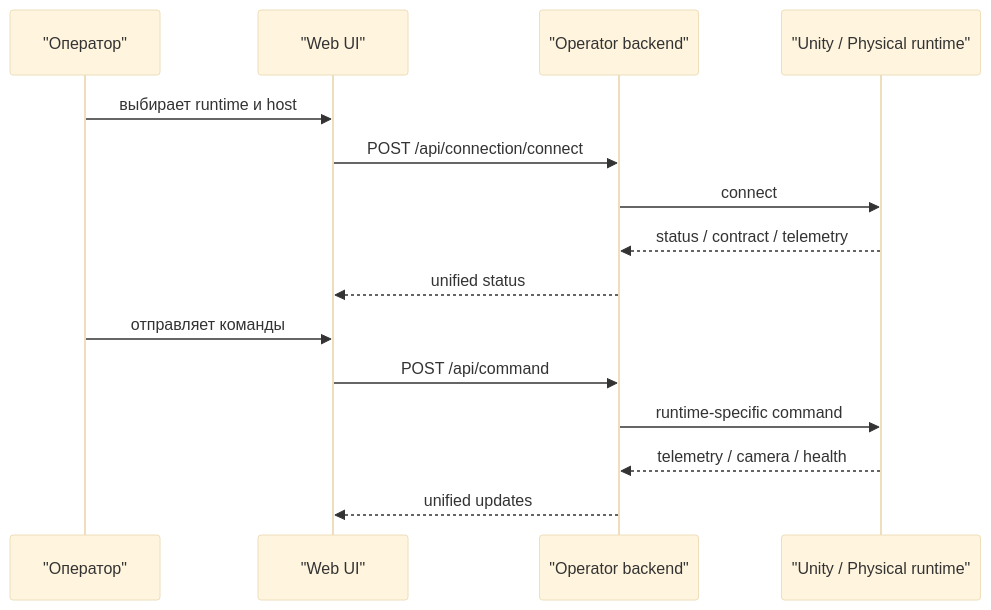
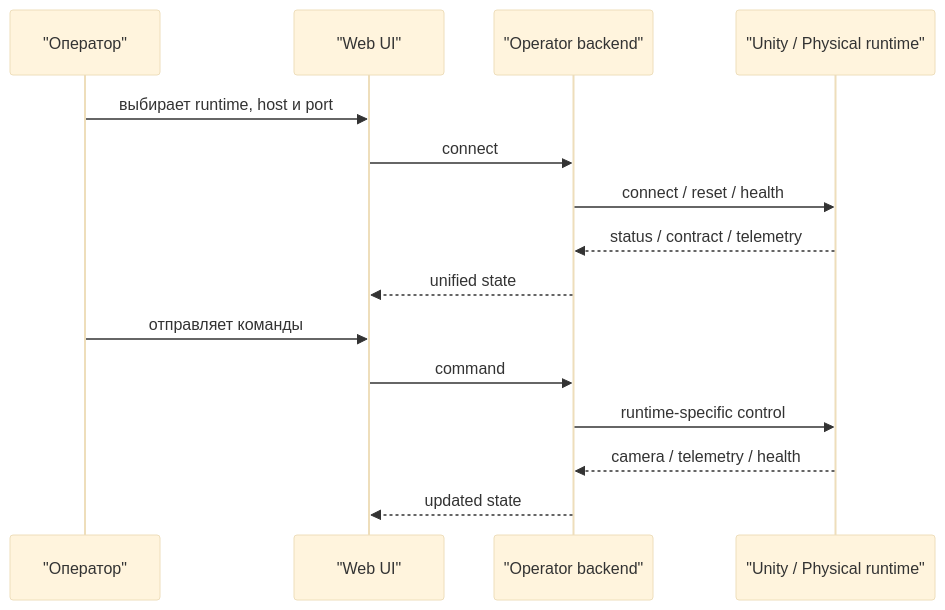
One commit to uav-simulator/uavsimulator changed the diagram in docs/usage.md. Above: the diagram before and after it, drawn with Mermaid (base theme). The commit also changed other lines of this file and 27 other files, not shown here.

````diff
--- a/docs/usage.md
+++ b/docs/usage.md
@@ -12,18 +22,18 @@
 ```mermaid
 sequenceDiagram
     participant User as "Оператор"
     participant UI as "Web UI"
     participant Backend as "Operator backend"
     participant Runtime as "Unity / Physical runtime"
 
-    User->>UI: выбирает runtime и host
-    UI->>Backend: POST /api/connection/connect
-    Backend->>Runtime: connect
+    User->>UI: выбирает runtime, host и port
+    UI->>Backend: connect
+    Backend->>Runtime: connect / reset / health
     Runtime-->>Backend: status / contract / telemetry
-    Backend-->>UI: unified status
+    Backend-->>UI: unified state
     User->>UI: отправляет команды
-    UI->>Backend: POST /api/command
-    Backend->>Runtime: runtime-specific command
-    Runtime-->>Backend: telemetry / camera / health
-    Backend-->>UI: unified updates
+    UI->>Backend: command
+    Backend->>Runtime: runtime-specific control
+    Runtime-->>Backend: camera / telemetry / health
+    Backend-->>UI: updated state
 ```
````
